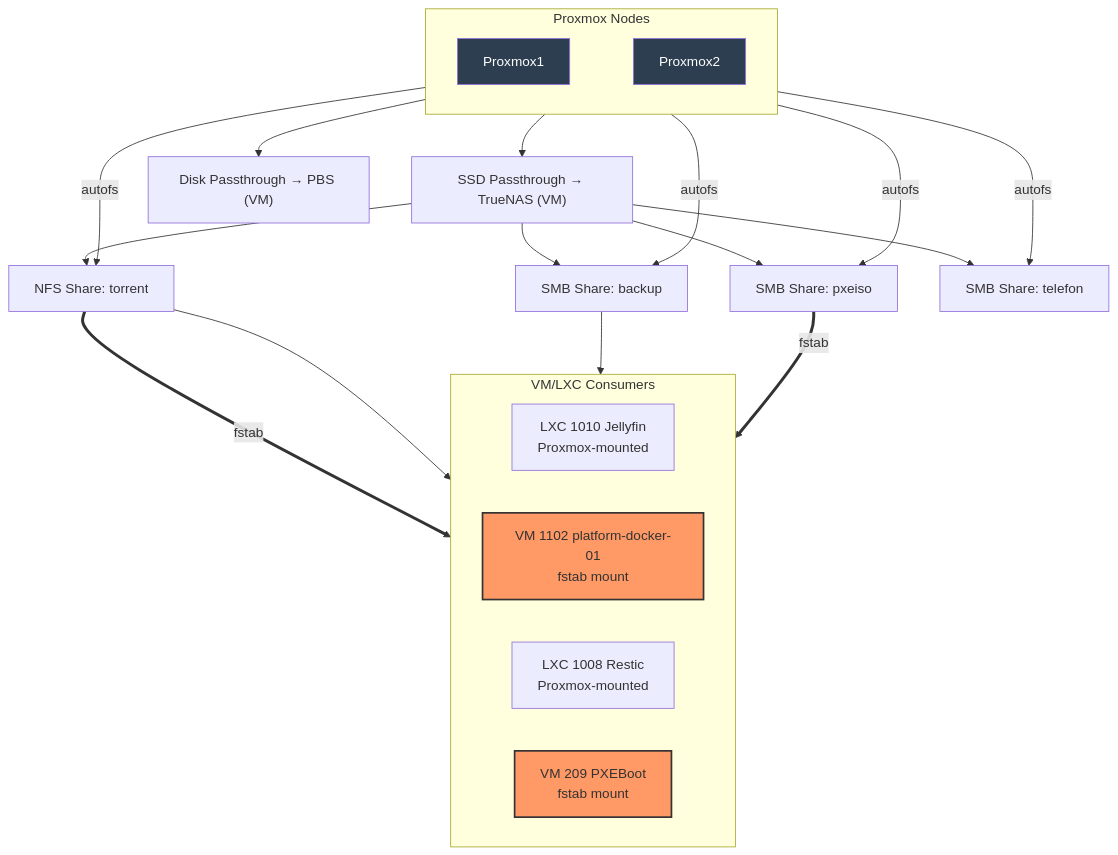
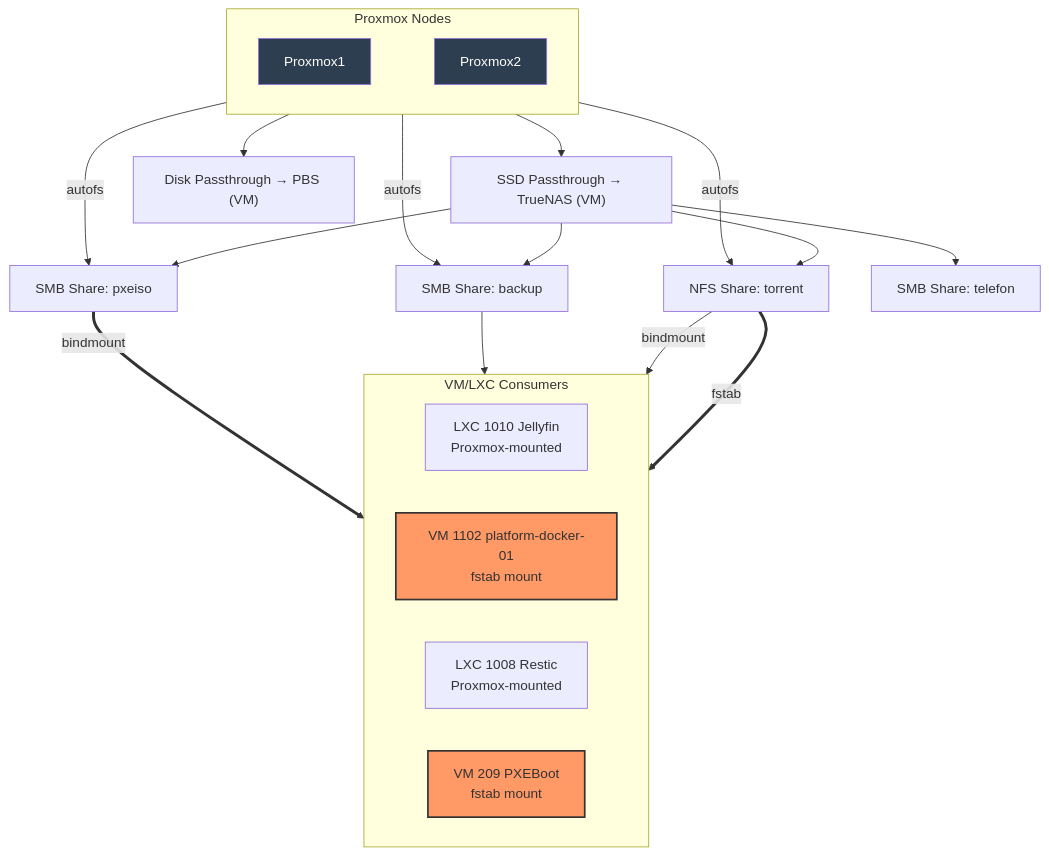
The first of 2 diagrams in 13-Design_Decisions/README_HU.md (torokrolf/homelab), drawn with Mermaid before and after one commit.

````diff
--- a/13-Design_Decisions/README_HU.md
+++ b/13-Design_Decisions/README_HU.md
@@ -56,55 +56,54 @@
 ```mermaid
 flowchart TB
     %% Smooth lines
     linkStyle default interpolate basis
 
     %% Top row: Forced order with Proxmox1 first
     subgraph PROXMOX["Proxmox Nodes"]
         direction LR
         PVE1["Proxmox1"]
         PVE2["Proxmox2"]
         %% Invisible link to force ordering
         PVE1 ~~~ PVE2
     end
 
     %% Passthrough disks going directly to VMs (middle layer)
     SSD_TRUENAS["SSD Passthrough → TrueNAS (VM)"]
     SSD_PBS["Disk Passthrough → PBS (VM)"]
 
     %% Passthrough connections (PVE2-höz kötve)
     PVE2 --> SSD_TRUENAS
     PVE2 --> SSD_PBS
 
     %% TrueNAS storage exports
     SSD_TRUENAS --> NFS["NFS Share: torrent"]
     SSD_TRUENAS --> SMB1["SMB Share: backup"]
     SSD_TRUENAS --> SMB2["SMB Share: pxeiso"]
     SSD_TRUENAS --> SMB3["SMB Share: telefon"]
 
-    %% Proxmox1 mounts with autofs
+    %% Proxmox1 mounts with autofs (telefon nélkül)
     PVE1 -- "autofs" --> NFS
     PVE1 -- "autofs" --> SMB1
     PVE1 -- "autofs" --> SMB2
-    PVE1 -- "autofs" --> SMB3
 
     %% Consumers (bottom row)
     subgraph CONSUMERS["VM/LXC Consumers"]
         direction LR
         JELLY["LXC 1010 Jellyfin\nProxmox-mounted"]
         DOCKER["VM 1102 platform-docker-01\nfstab mount"]
         RESTIC["LXC 1008 Restic\nProxmox-mounted"]
         PXEVM["VM 209 PXEBoot\nfstab mount"]
     end
 
     %% Storage → Consumers connections
     NFS ==>|fstab| DOCKER
-    NFS --> JELLY
+    NFS -- "bindmount" --> JELLY
     SMB1 --> RESTIC
-    SMB2 ==>|fstab| PXEVM
+    SMB2 ==>|bindmount| PXEVM
     
     %% Styling
     classDef fstab fill:#f96,stroke:#333,stroke-width:2px;
     class DOCKER,PXEVM fstab;
     classDef pve fill:#2c3e50,color:#fff;
     class PVE1,PVE2 pve;
 ```
````
